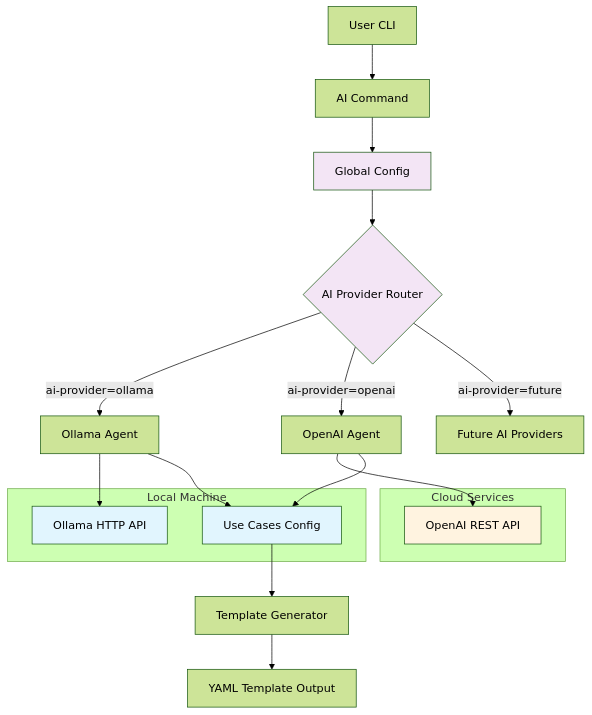
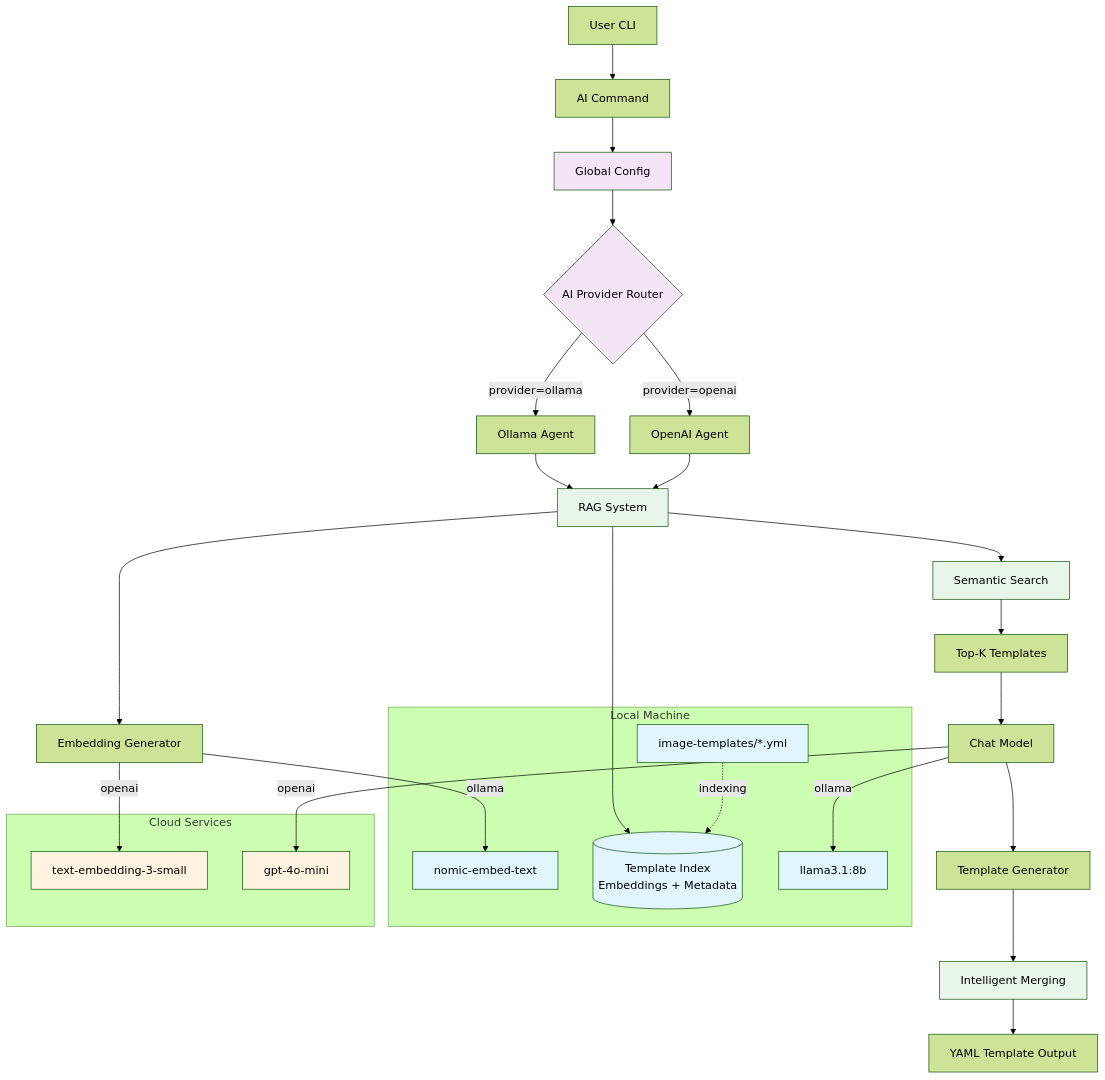
One commit to open-edge-platform/os-image-composer changed the first of 4 diagrams in docs/architecture/os-image-composer-ai-template-generation.md. Above: the diagram before and after it, drawn with Mermaid (forest theme). The commit also changed other lines of this file, not shown here.

Commit message:
Changed design to RAG-based template generation

````diff
--- a/docs/architecture/os-image-composer-ai-template-generation.md
+++ b/docs/architecture/os-image-composer-ai-template-generation.md
@@ -93,36 +126,53 @@
 ```mermaid
 graph TB
     User[User CLI] --> AICommand[AI Command]
     AICommand --> Config[Global Config]
     Config --> AIProvider{AI Provider Router}
     
-    AIProvider -->|ai-provider=ollama| OllamaAgent[Ollama Agent]
-    AIProvider -->|ai-provider=openai| OpenAIAgent[OpenAI Agent]
-    AIProvider -->|ai-provider=future| FutureAgent[Future AI Providers]
+    AIProvider -->|provider=ollama| OllamaAgent[Ollama Agent]
+    AIProvider -->|provider=openai| OpenAIAgent[OpenAI Agent]
     
-    OllamaAgent --> OllamaAPI[Ollama HTTP API]
-    OpenAIAgent --> OpenAIAPI[OpenAI REST API]
+    OllamaAgent --> RAG[RAG System]
+    OpenAIAgent --> RAG
     
-    OllamaAgent --> UseCases[Use Cases Config]
-    OpenAIAgent --> UseCases
+    RAG --> EmbeddingClient[Embedding Generator]
+    EmbeddingClient -->|ollama| OllamaEmbed[nomic-embed-text]
+    EmbeddingClient -->|openai| OpenAIEmbed[text-embedding-3-small]
     
-    UseCases --> TemplateGen[Template Generator]
-    TemplateGen --> YAMLOut[YAML Template Output]
+    RAG --> TemplateIndex[(Template Index<br/>Embeddings + Metadata)]
+    
+    RAG --> Retrieval[Semantic Search]
+    Retrieval --> TopK[Top-K Templates]
+    
+    TopK --> LLM[Chat Model]
+    LLM -->|ollama| OllamaChat[llama3.1:8b]
+    LLM -->|openai| OpenAIChat[gpt-4o-mini]
+    
+    LLM --> TemplateGen[Template Generator]
+    TemplateGen --> Merge[Intelligent Merging]
+    Merge --> YAMLOut[YAML Template Output]
+    
+    Templates[image-templates/*.yml] -.indexing.-> TemplateIndex
     
     subgraph "Local Machine"
-        OllamaAPI
-        UseCases
+        OllamaEmbed
+        OllamaChat
+        TemplateIndex
+        Templates
     end
     
     subgraph "Cloud Services"
-        OpenAIAPI
+        OpenAIEmbed
+        OpenAIChat
     end
     
     classDef local fill:#e1f5fe
     classDef cloud fill:#fff3e0
     classDef config fill:#f3e5f5
+    classDef rag fill:#e8f5e9
     
-    class OllamaAPI,UseCases local
-    class OpenAIAPI cloud
+    class OllamaEmbed,OllamaChat,TemplateIndex,Templates local
+    class OpenAIEmbed,OpenAIChat cloud
     class Config,AIProvider config
+    class RAG,Retrieval,Merge rag
 ```
````
